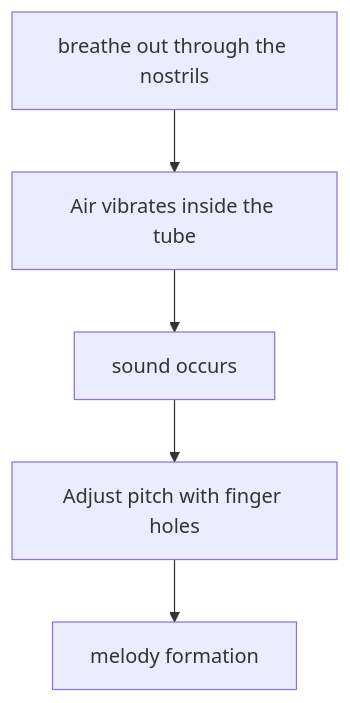
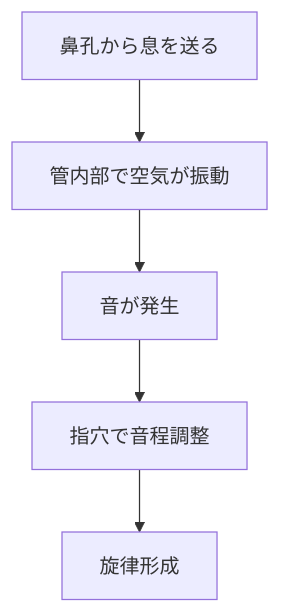
Before and after one commit to monumental-movement/monumental-movement.github.io: the second of 2 diagrams in en/_posts/2026-05-09-column-nose-flute.md, drawn with Mermaid. The commit also changed other lines of this file and 2196 other files, not shown here.

```diff
--- a/en/_posts/2026-05-09-column-nose-flute.md
+++ b/en/_posts/2026-05-09-column-nose-flute.md
@@ -143,7 +142,7 @@
 <div class="mermaid">
 flowchart TD
-    A[breathe out through the nostrils] --> B[Air vibrates inside the tube]
-    B --> C[sound occurs]
-    C --> D[Adjust pitch with finger holes]
-    D --> E[melody formation]
+    A[鼻孔から息を送る] --> B[管内部で空気が振動]
+    B --> C[音が発生]
+    C --> D[指穴で音程調整]
+    D --> E[旋律形成]
 </div>
```
